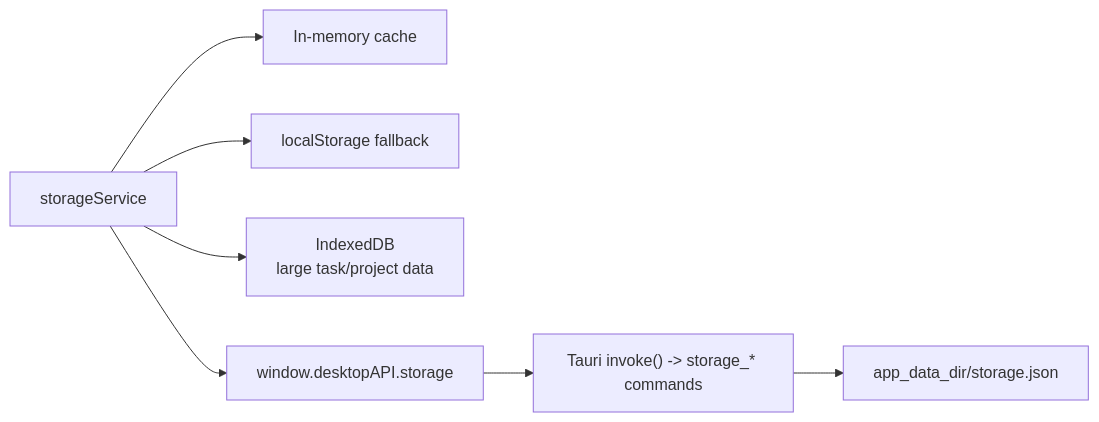
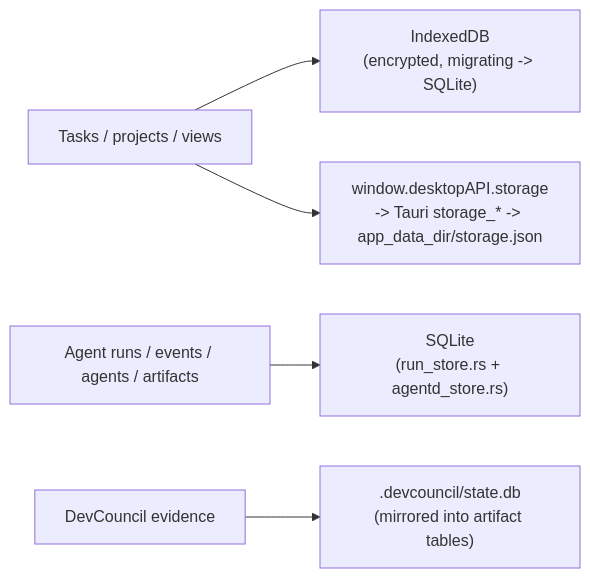
The fourth of 4 diagrams in README.md (bharathvbcr/LiquiTask), drawn with Mermaid before and after one commit. The commit also changed other lines of this file and 266 other files, not shown here.

First line of the commit message:
feat: multica-integration board/agent rework (v3 shell, DevCouncil evidence, dead-letter inbox)

````diff
--- a/README.md
+++ b/README.md
@@ -431,9 +430,7 @@
 ```mermaid
 flowchart LR
-  StorageService["storageService"] --> Cache["In-memory cache"]
-  StorageService --> LocalStorage["localStorage fallback"]
-  StorageService --> IndexedDB["IndexedDB\nlarge task/project data"]
-  StorageService --> NativeAPI["window.desktopAPI.storage"]
-  NativeAPI --> TauriInvoke["Tauri invoke() -> storage_* commands"]
-  TauriInvoke --> UserData["app_data_dir/storage.json"]
+  Tasks["Tasks / projects / views"] --> IDB["IndexedDB\n(encrypted, migrating -> SQLite)"]
+  Tasks --> Native["window.desktopAPI.storage\n-> Tauri storage_* -> app_data_dir/storage.json"]
+  Runs["Agent runs / events / agents / artifacts"] --> SQLite["SQLite\n(run_store.rs + agentd_store.rs)"]
+  Evidence["DevCouncil evidence"] --> DCDB[".devcouncil/state.db\n(mirrored into artifact tables)"]
 ```
````
